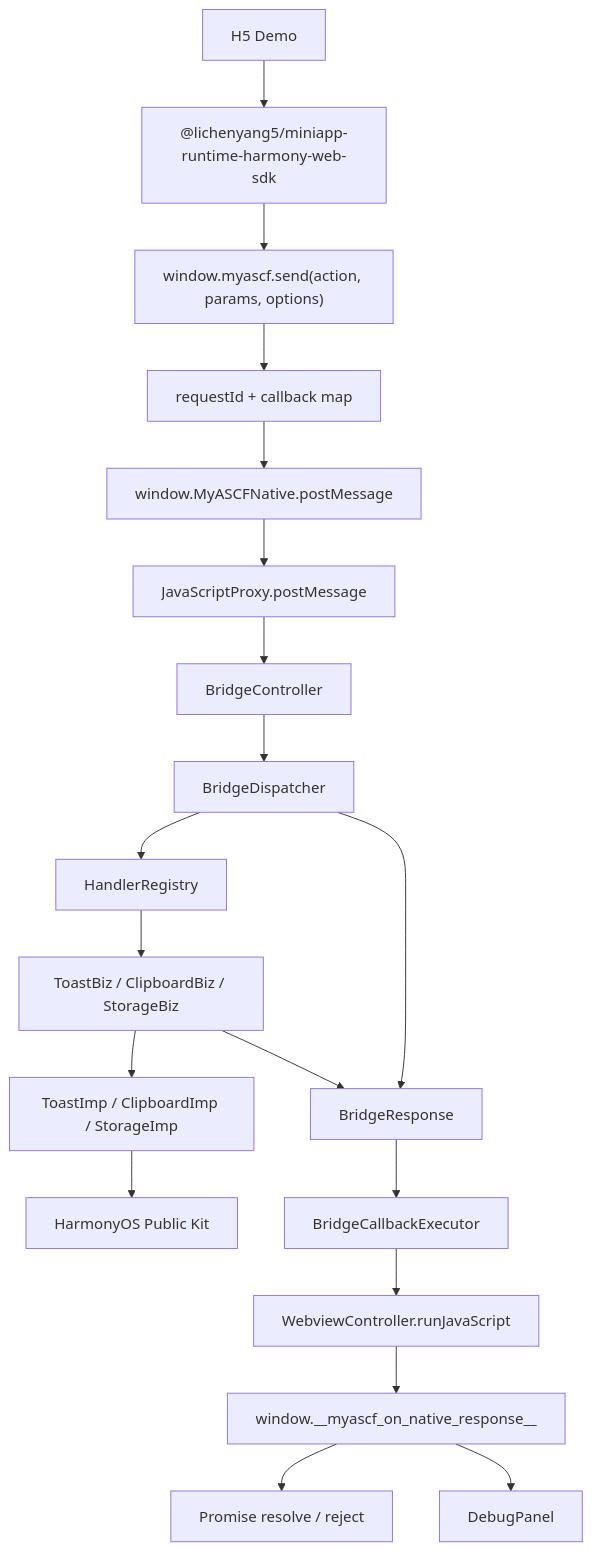
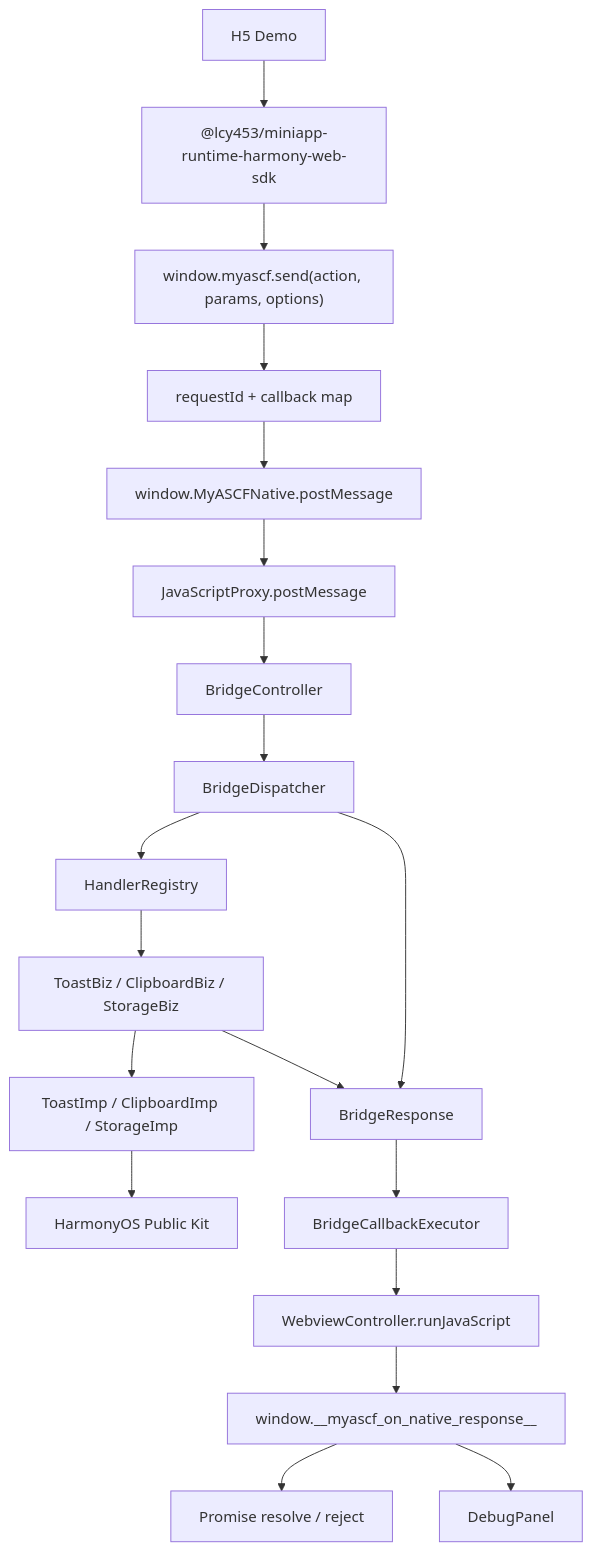
Before and after one commit to lichenyang5/MiniAppRuntime-Harmony: the diagram in docs/architecture/jsbridge-architecture.md, drawn with Mermaid. The commit also changed 33 other files, not shown here.

````diff
--- a/docs/architecture/jsbridge-architecture.md
+++ b/docs/architecture/jsbridge-architecture.md
@@ -7,21 +7,21 @@
 ```mermaid
 flowchart TD
-  H5["H5 Demo"] --> SDK["@lichenyang5/miniapp-runtime-harmony-web-sdk"]
+  H5["H5 Demo"] --> SDK["@lcy453/miniapp-runtime-harmony-web-sdk"]
   SDK --> Send["window.myascf.send(action, params, options)"]
   Send --> Request["requestId + callback map"]
   Request --> Native["window.MyASCFNative.postMessage"]
   Native --> Proxy["JavaScriptProxy.postMessage"]
   Proxy --> Controller["BridgeController"]
   Controller --> Dispatcher["BridgeDispatcher"]
   Dispatcher --> Registry["HandlerRegistry"]
   Registry --> Biz["ToastBiz / ClipboardBiz / StorageBiz"]
   Biz --> Imp["ToastImp / ClipboardImp / StorageImp"]
   Imp --> Kit["HarmonyOS Public Kit"]
   Biz --> Response["BridgeResponse"]
   Dispatcher --> Response
   Response --> Callback["BridgeCallbackExecutor"]
   Callback --> RunJS["WebviewController.runJavaScript"]
   RunJS --> H5Callback["window.__myascf_on_native_response__"]
   H5Callback --> Promise["Promise resolve / reject"]
   H5Callback --> Debug["DebugPanel"]
 ```
````
